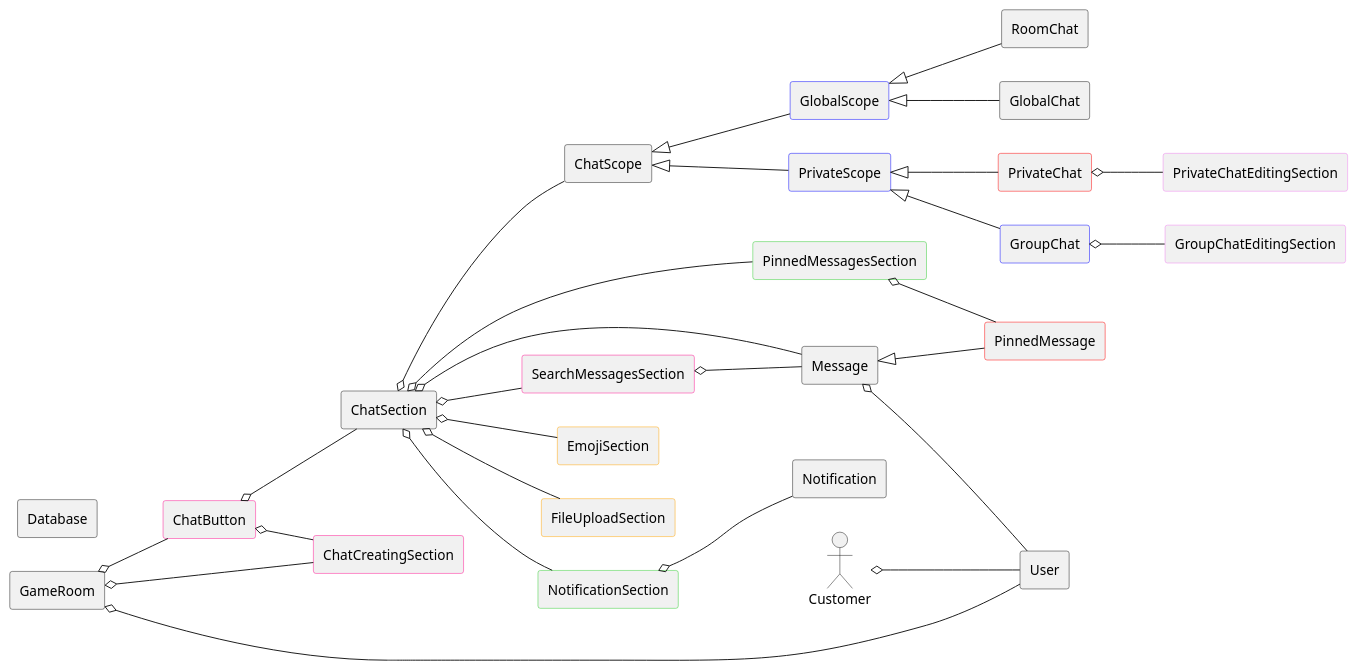
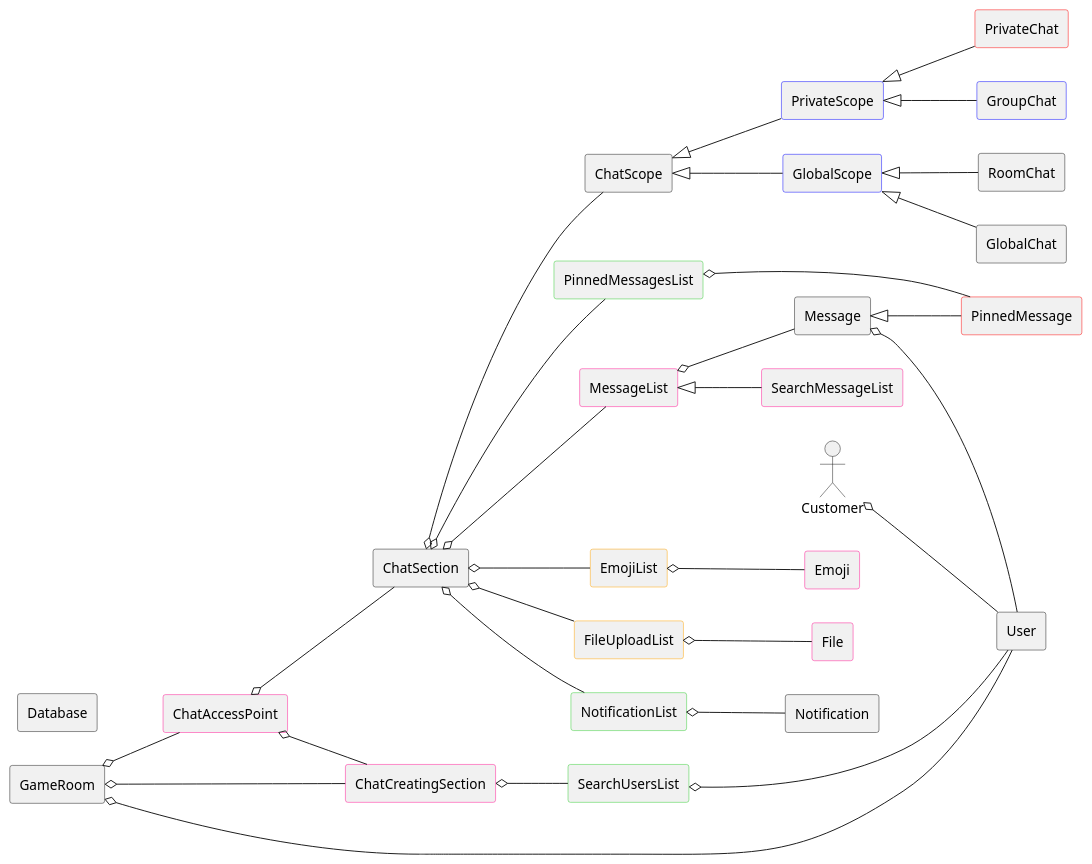
Before and after one commit to user5427/human-benchmark-PSI-2: the diagram in Documentation/LatexLab3/PlantUML/domainDiagramV7.puml, drawn with PlantUML. The commit also changed 2 other files, not shown here.

Commit message:
Refactor domain model and update documentation for chat system components

```diff
--- a/Documentation/LatexLab3/PlantUML/domainDiagramV7.puml
+++ b/Documentation/LatexLab3/PlantUML/domainDiagramV7.puml
@@ -1,63 +1,67 @@
 @startuml
 
 left to right direction
 
 
 rectangle ChatSection
 rectangle Message
 rectangle Notification
 rectangle GameRoom
 rectangle Database
 rectangle User
 rectangle RoomChat
 rectangle GlobalChat
 rectangle PrivateChat #line:red
 rectangle PinnedMessage #line:red
 rectangle ChatScope
-rectangle EmojiSection #line:Orange
-rectangle FileUploadSection #line:Orange
+rectangle EmojiList #line:Orange
+rectangle FileUploadList #line:Orange
 rectangle GroupChat #line:Blue
 rectangle GlobalScope #line:Blue
 rectangle PrivateScope #line:Blue
-rectangle NotificationSection #line:LimeGreen
-rectangle PinnedMessagesSection #line:LimeGreen
-rectangle GroupChatEditingSection #line:Violet
-rectangle PrivateChatEditingSection #line:Violet
-rectangle SearchMessagesSection #line:DeepPink
-rectangle ChatButton #line:DeepPink
+rectangle NotificationList #line:LimeGreen
+rectangle PinnedMessagesList #line:LimeGreen
+rectangle MessageList #line:DeepPink
+rectangle ChatAccessPoint #line:DeepPink
 rectangle ChatCreatingSection #line:DeepPink
+rectangle Emoji #line:DeepPink
+rectangle File #line:DeepPink
+rectangle SearchUsersList #line:LimeGreen
+rectangle SearchMessageList #line:DeepPink
 
 
 ' ???
 :Customer: o-- :User: 
  
 :GameRoom: o-- :User:
 
-:GameRoom: o-- :ChatButton:
+:GameRoom: o-- :ChatAccessPoint:
 :GameRoom: o-- :ChatCreatingSection:
-:ChatButton: o-- :ChatCreatingSection:
-:ChatButton: o-- :ChatSection:
-:ChatSection: o-- :Message:
-:ChatSection: o-- :NotificationSection:
-:NotificationSection: o-- :Notification:
+:ChatAccessPoint: o-- :ChatCreatingSection:
+:ChatAccessPoint: o-- :ChatSection:
+:ChatSection: o-- :NotificationList:
+:NotificationList: o-- :Notification:
 :Message: o-- :User:
 :GlobalScope: <|-- :RoomChat:
 :GlobalScope: <|-- :GlobalChat:
 :PrivateScope: <|-- :PrivateChat:
 :ChatSection: o-- :ChatScope:
 :Message: <|-- :PinnedMessage:
-:ChatSection: o-- :EmojiSection:
-:ChatSection: o-- :FileUploadSection:
+:ChatSection: o-- :EmojiList:
+:ChatSection: o-- :FileUploadList:
 :PrivateScope: <|-- :GroupChat:
 :ChatScope: <|-- :GlobalScope:
 :ChatScope: <|-- :PrivateScope:
-:ChatSection: o-- :PinnedMessagesSection:
-:PinnedMessagesSection: o-- :PinnedMessage:
-:GroupChat: o-- :GroupChatEditingSection:
-:PrivateChat: o-- :PrivateChatEditingSection:
-:ChatSection: o-- :SearchMessagesSection:
-:SearchMessagesSection: o-- :Message:
+:ChatSection: o-- :PinnedMessagesList:
+:PinnedMessagesList: o-- :PinnedMessage:
+:ChatSection: o-- :MessageList:
+:MessageList: o-- :Message:
+:EmojiList: o-- :Emoji:
+:FileUploadList: o-- :File:
+:SearchUsersList: o-- :User:
+:ChatCreatingSection: o-- :SearchUsersList:
+:MessageList: <|-- :SearchMessageList:
 
 
 
 @enduml
```
